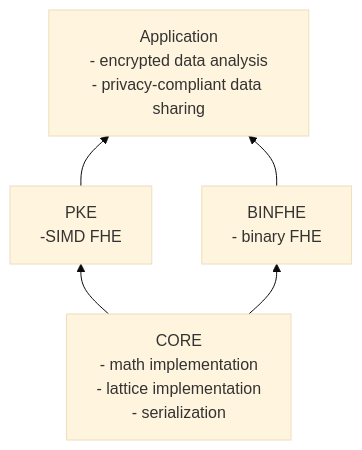
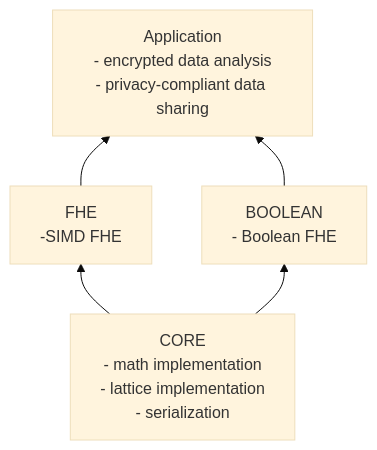
The diagram in docs/modules/README.md (aeropittura/cipher), drawn with Mermaid (base theme) before and after one commit. The commit also changed other lines of this file and 284 other files, not shown here.

````diff
--- a/docs/modules/README.md
+++ b/docs/modules/README.md
@@ -3,7 +3,7 @@
 ```mermaid
 flowchart BT
-    A[CORE<br/>- math implementation<br/>- lattice implementation<br/>- serialization] --> B[PKE<br/> -SIMD FHE];
-    A --> C[BINFHE<br/>- binary FHE];
+    A[CORE<br/>- math implementation<br/>- lattice implementation<br/>- serialization] --> B[FHE<br/> -SIMD FHE];
+    A --> C[BOOLEAN<br/>- Boolean FHE];
     B --> D[Application<br/>- encrypted data analysis<br/>- privacy-compliant data sharing];
     C --> D;
 ```
````
